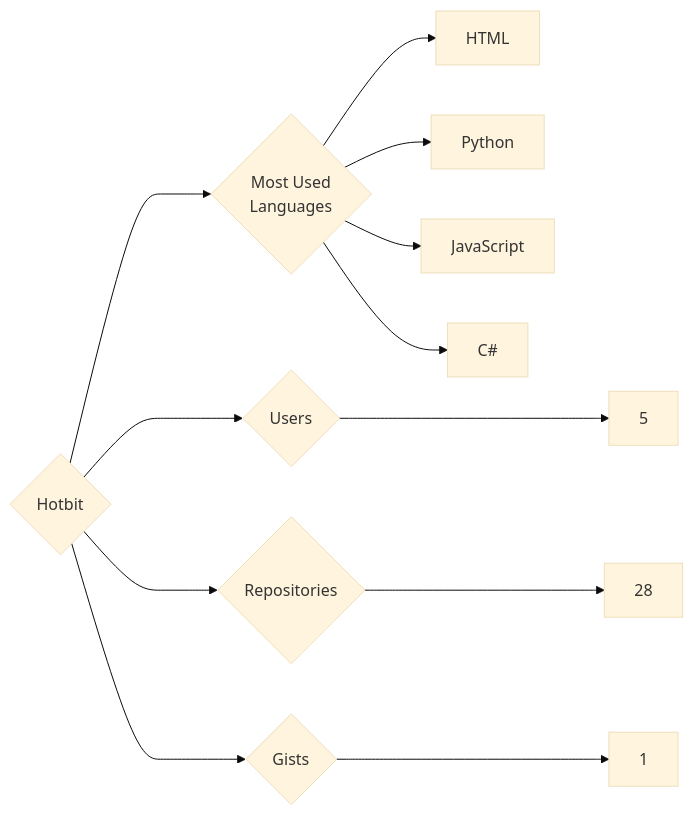
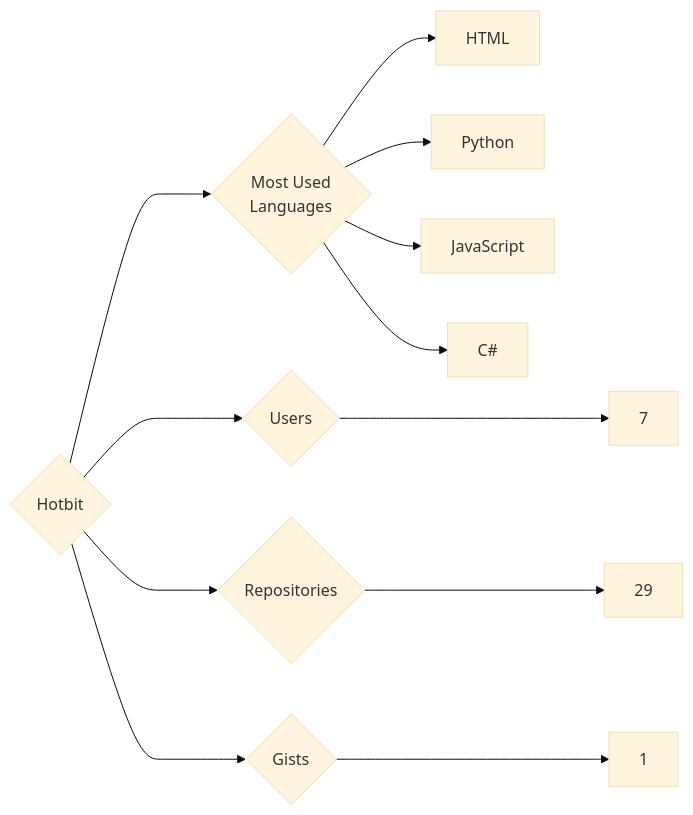
Before and after one commit to trickest/insiders: the diagram in targets/Hotbit/README.md, drawn with Mermaid (base theme). The commit also changed 815 other files, not shown here.

````diff
--- a/targets/Hotbit/README.md
+++ b/targets/Hotbit/README.md
@@ -3,12 +3,12 @@
 ```mermaid
 graph LR
 COMPANY_NAME{Hotbit}
-COMPANY_NAME ---> U{Users} ---> UN[5]
-COMPANY_NAME ---> R{Repositories} ---> RN[28]
+COMPANY_NAME ---> U{Users} ---> UN[7]
+COMPANY_NAME ---> R{Repositories} ---> RN[29]
 COMPANY_NAME ---> G{Gists} ---> GN[1]
 COMPANY_NAME ---> ML{Most Used<br>Languages}
 ML --> HTML[HTML]
 ML --> Python[Python]
 ML --> JavaScript[JavaScript]
 ML --> C#[C#]
 ```
````
